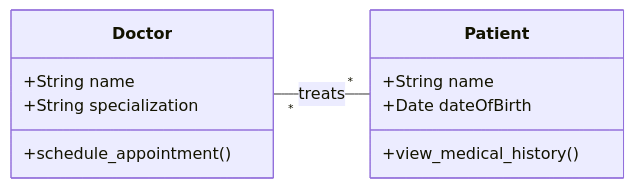
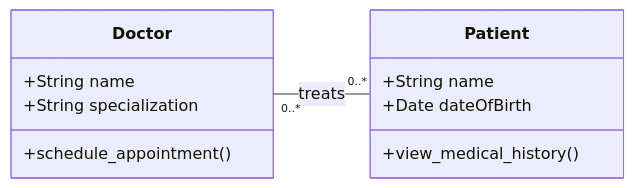
Before and after one commit to JeremiJR/uog-cpp: diagram 13 of 13 in sec-04-uml-class/17-uml-class-diagram/chap_17.qmd, drawn with Mermaid. The commit also changed other lines of this file and 1 other file, not shown here.

````diff
--- a/sec-04-uml-class/17-uml-class-diagram/chap_17.qmd
+++ b/sec-04-uml-class/17-uml-class-diagram/chap_17.qmd
@@ -412,17 +421,17 @@
 ```{mermaid}
 classDiagram
     direction LR
     class Doctor {
         +String name
         +String specialization
         +schedule_appointment()
     }
     class Patient {
         +String name
         +Date dateOfBirth
         +view_medical_history()
     }
 
     %% The "*" on both ends signifies a Many-to-Many relationship
-    Doctor "*" -- "*" Patient : treats
+    Doctor "0..*" -- "0..*" Patient : treats
 ```
````
